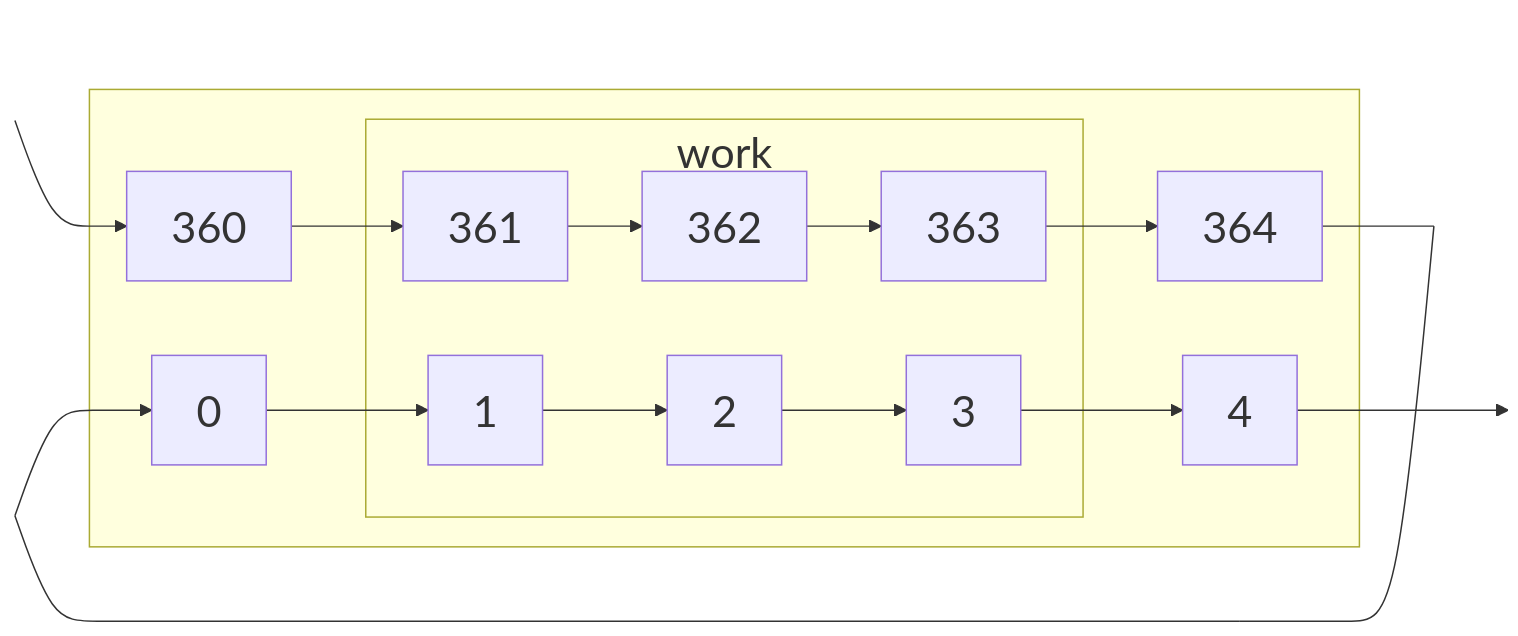
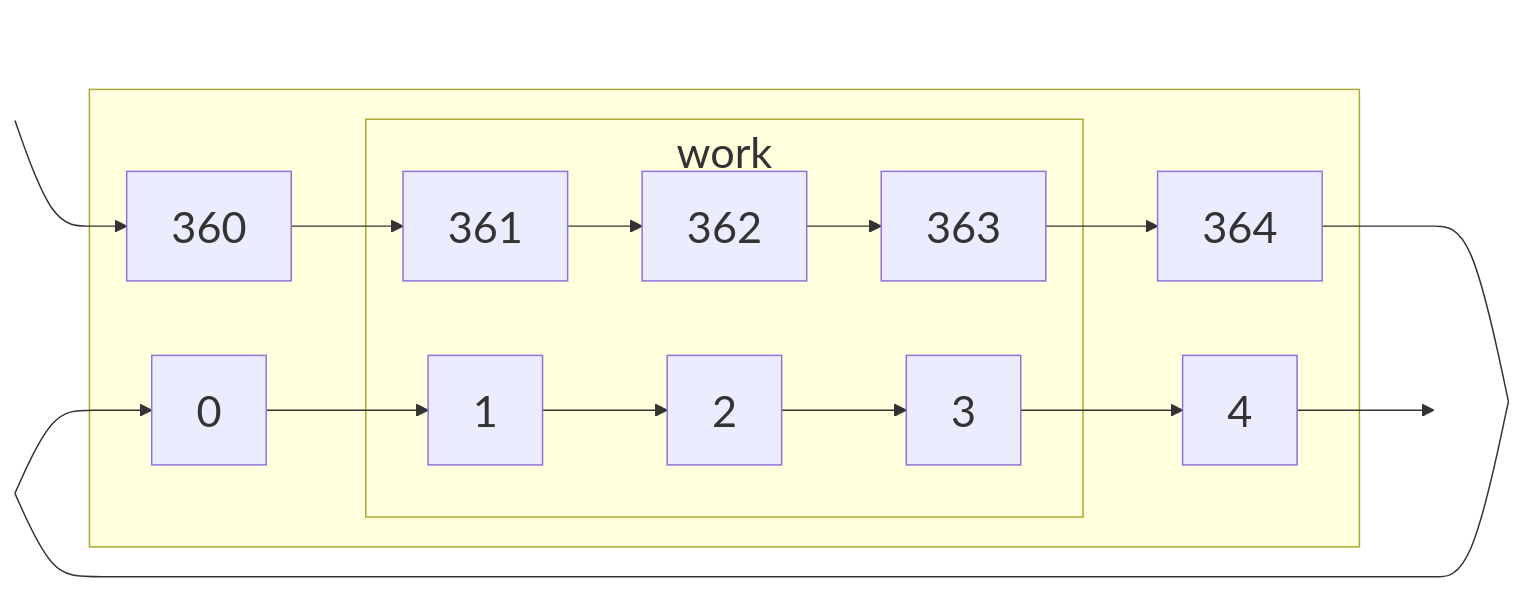
Before and after one commit to maptv/maptv.github.io: the second of 5 diagrams in dec/date/index.qmd, drawn with Mermaid. The commit also changed other lines of this file and 1 other file, not shown here.

Commit message:
Changed files: dec/date/index.qmd git/index_files/figure-commonmark/mermaid-figure-2.png

````diff
--- a/dec/date/index.qmd
+++ b/dec/date/index.qmd
@@ -212,26 +212,26 @@
 ```{mermaid}
 %%| label: zerobasedcommon
 %%{init: {'theme': 'default', 'themeVariables': { 'fontSize': '29px'}}}%%
 flowchart LR
   W~~~~O[ ]:::empty
-  W[ ]:::empty-->A[360]-->B[361]-->C[362]-->D[363]-->E[364]---L[ ]:::empty
-  Y[ ]:::empty-->F[0]-->G[1]-->H[2]-->I[3]-->J[4]--->K[ ]:::empty
+  W[ ]:::empty-->A[360]-->B[361]-->C[362]-->D[363]-->E[364]----L[ ]:::empty
+  Y[ ]:::empty-->F[0]-->G[1]-->H[2]-->I[3]-->J[4]-->K[ ]:::empty
   Q[ ]:::empty---L
   Y---Q
   subgraph workdays[work]
   B
   C
   G
   H
   D
   I
   end
   subgraph restdays[ ]
   A
   F
   E
   J
   workdays
   end
   classDef empty width:0px;
 ```
````
